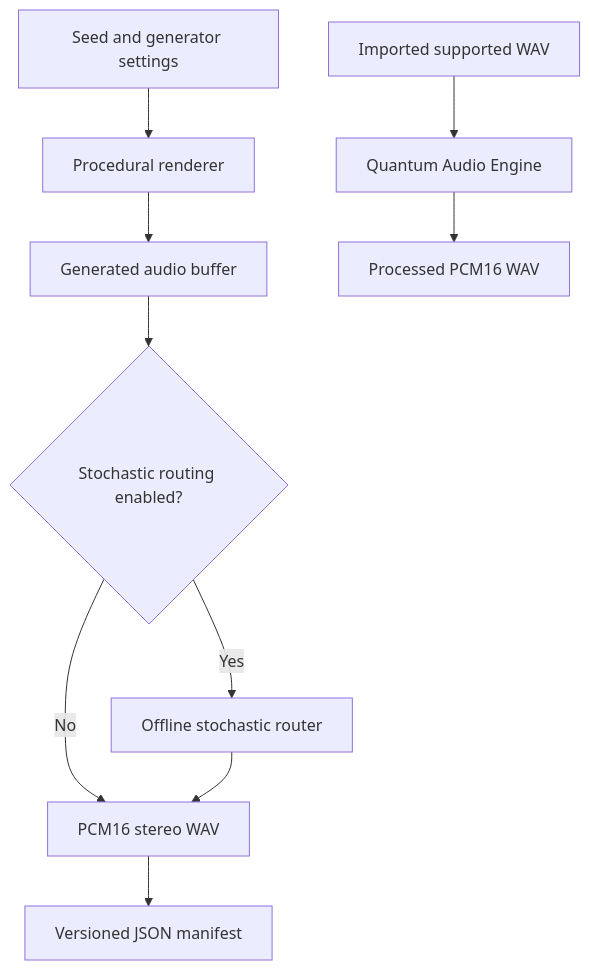
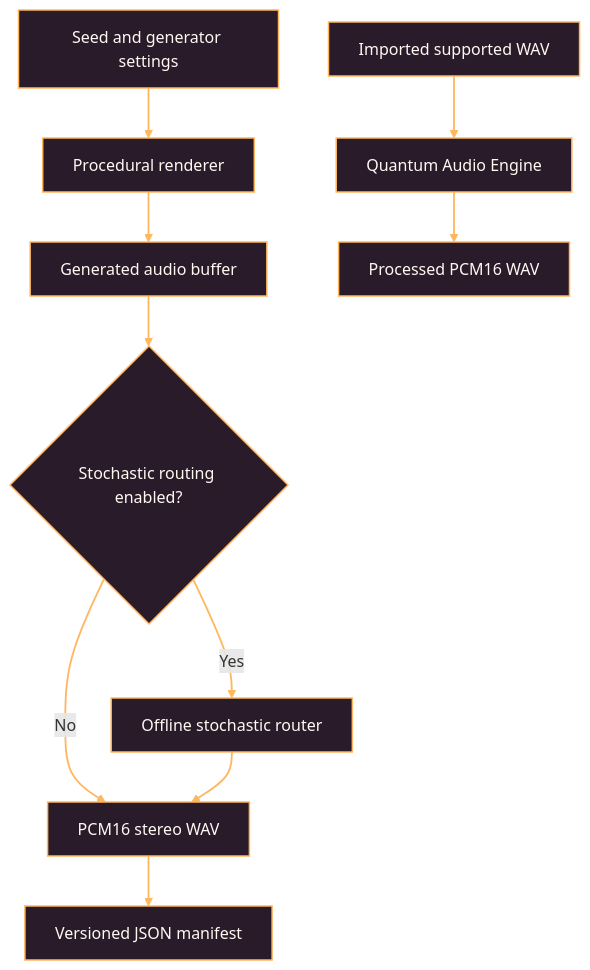
Before and after one commit to Ivan-VHS/VentuSample: the first of 2 diagrams in README.md, drawn with Mermaid. The commit also changed other lines of this file, not shown here.

````diff
--- a/README.md
+++ b/README.md
@@ -18,12 +23,15 @@
 ```mermaid
 flowchart TD
     A[Seed and generator settings] --> B[Procedural renderer]
     B --> C[Generated audio buffer]
     C --> D{Stochastic routing enabled?}
     D -- No --> E[PCM16 stereo WAV]
     D -- Yes --> F[Offline stochastic router]
     F --> E
     E --> G[Versioned JSON manifest]
     H[Imported supported WAV] --> I[Quantum Audio Engine]
     I --> J[Processed PCM16 WAV]
+  classDef readmeNode fill:#2A1B2A,stroke:#FFB65E,color:#FFF9F2,stroke-width:1.5px;
+  class A,B,C,D,E,F,G,H,I,J readmeNode;
+  linkStyle default stroke:#FFB65E,stroke-width:1.8px;
 ```
````
